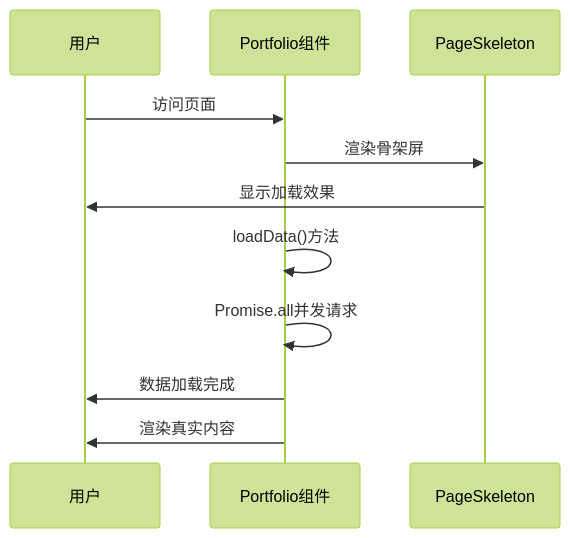
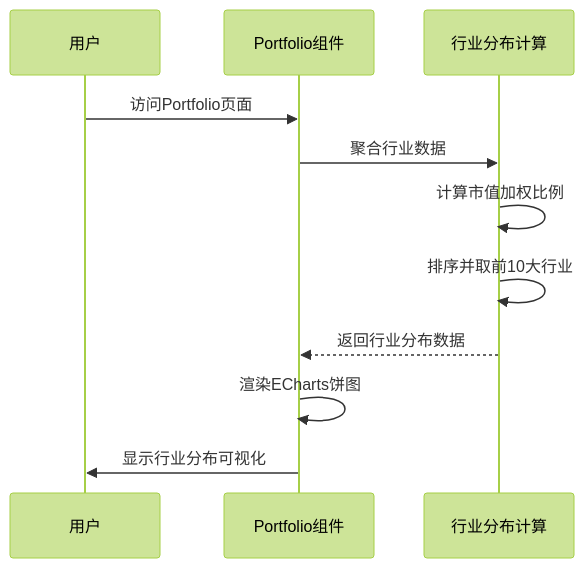
One commit to gree-coder/fund-butler changed the ninth of 21 diagrams in .qoder/repowiki/zh/content/核心功能开发/前端投资组合管理增强.md. Above: the diagram before and after it, drawn with Mermaid (forest theme). The commit also changed other lines of this file and 15 other files, not shown here.

````diff
--- a/.qoder/repowiki/zh/content/核心功能开发/前端投资组合管理增强.md
+++ b/.qoder/repowiki/zh/content/核心功能开发/前端投资组合管理增强.md
@@ -473,13 +561,13 @@
 ```mermaid
 sequenceDiagram
 participant U as 用户
 participant P as Portfolio组件
-participant PS as PageSkeleton
-U->>P : 访问页面
-P->>PS : 渲染骨架屏
-PS->>U : 显示加载效果
-P->>P : loadData()方法
-P->>P : Promise.all并发请求
-P->>U : 数据加载完成
-P->>U : 渲染真实内容
+participant S as 行业分布计算
+U->>P : 访问Portfolio页面
+P->>S : 聚合行业数据
+S->>S : 计算市值加权比例
+S->>S : 排序并取前10大行业
+S-->>P : 返回行业分布数据
+P->>P : 渲染ECharts饼图
+P->>U : 显示行业分布可视化
 ```
````
